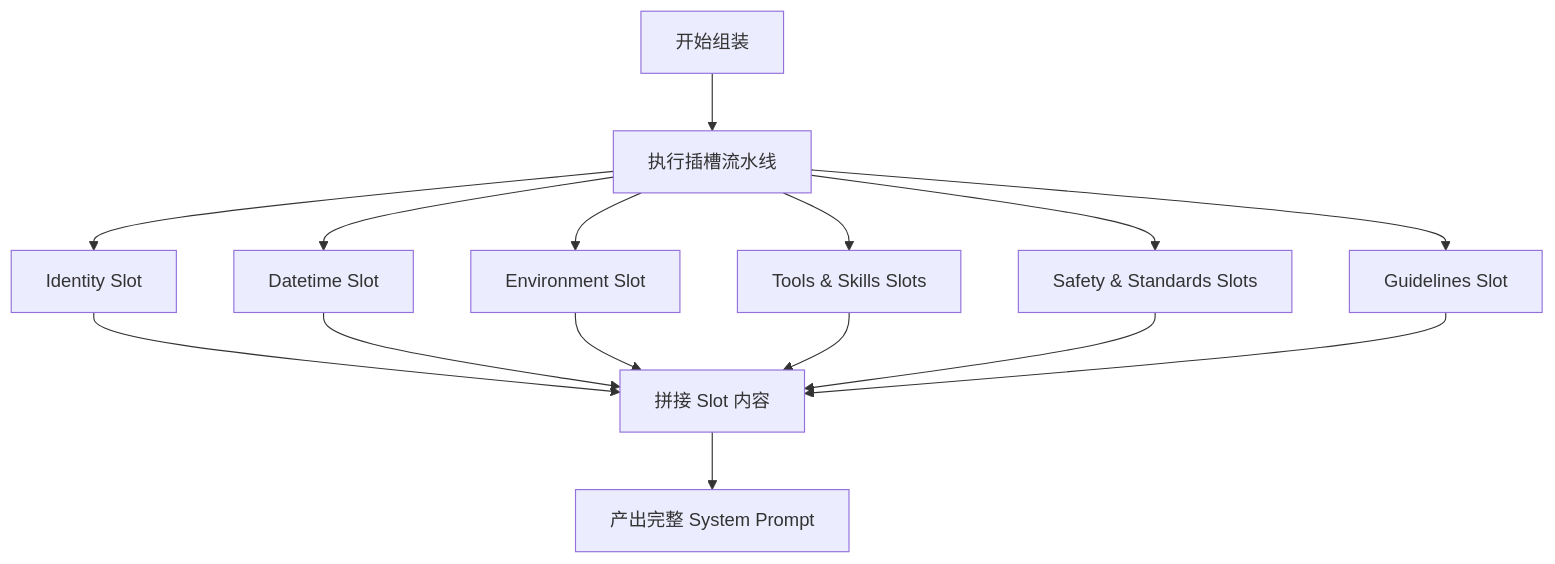
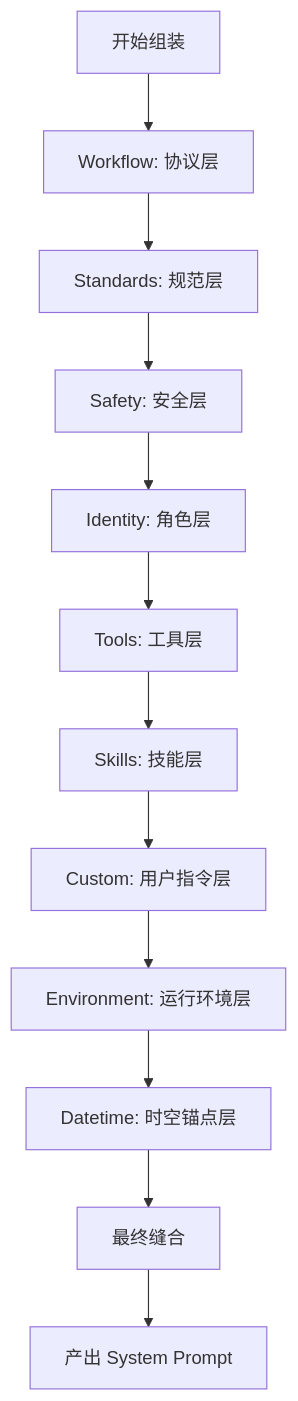
The diagram in docs/design/core-agent/PROMPT_DESIGN.md (zx2015/r_man), drawn with Mermaid before and after one commit. The commit also changed other lines of this file and 4 other files, not shown here.

First line of the commit message:
feat: optimize system prompt sequence and extend skill scanning paths

````diff
--- a/docs/design/core-agent/PROMPT_DESIGN.md
+++ b/docs/design/core-agent/PROMPT_DESIGN.md
@@ -12,12 +15,14 @@
 ```mermaid
 flowchart TD
-    Start[开始组装] --> Pipeline[执行插槽流水线]
-    Pipeline --> Identity[Identity Slot]
-    Pipeline --> Datetime[Datetime Slot]
-    Pipeline --> Environment[Environment Slot]
-    Pipeline --> ToolsSkills[Tools & Skills Slots]
-    Pipeline --> SafetyStandards[Safety & Standards Slots]
-    Pipeline --> Guidelines[Guidelines Slot]
-    Identity & Datetime & Environment & ToolsSkills & SafetyStandards & Guidelines --> Assemble[拼接 Slot 内容]
-    Assemble --> Output[产出完整 System Prompt]
+    Start[开始组装] --> S1[Workflow: 协议层]
+    S1 --> S2[Standards: 规范层]
+    S2 --> S3[Safety: 安全层]
+    S3 --> S4[Identity: 角色层]
+    S4 --> S5[Tools: 工具层]
+    S5 --> S6[Skills: 技能层]
+    S6 --> S7[Custom: 用户指令层]
+    S7 --> S8[Environment: 运行环境层]
+    S8 --> S9[Datetime: 时空锚点层]
+    S9 --> Assemble[最终缝合]
+    Assemble --> Output[产出 System Prompt]
 ```
````
